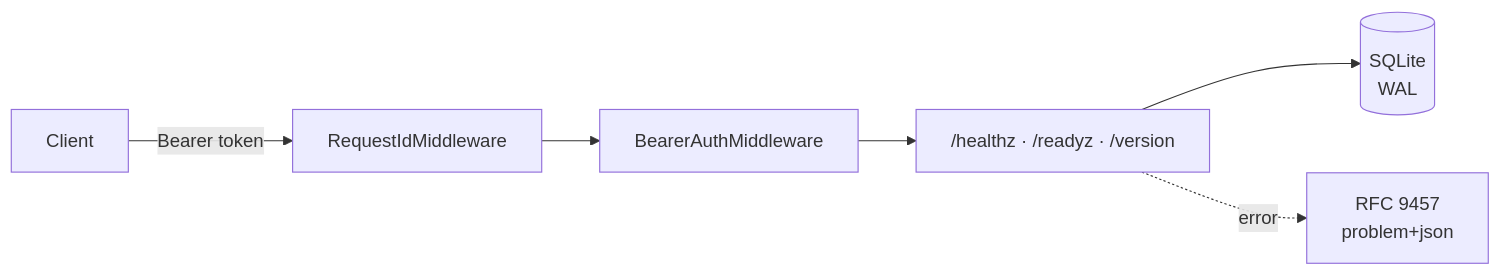
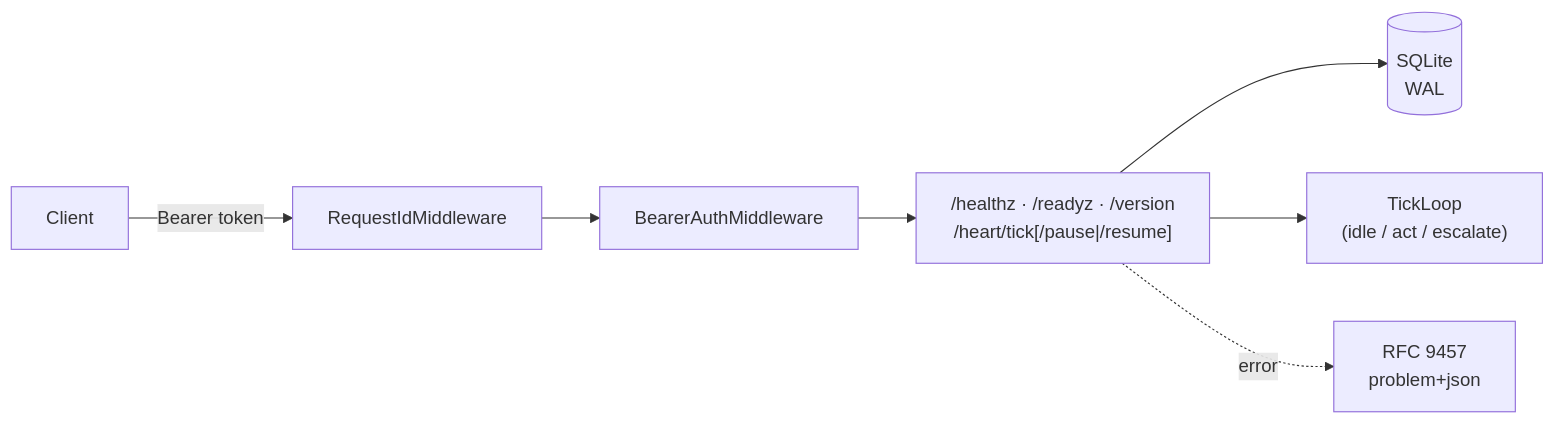
One commit to giacchetta/ansina changed the diagram in README.md. Above: the diagram before and after it, drawn with Mermaid. The commit also changed other lines of this file and 49 other files, not shown here.

````diff
--- a/README.md
+++ b/README.md
@@ -9,8 +9,9 @@
 ```mermaid
 flowchart LR
     Client["Client"] -->|Bearer token| MW["RequestIdMiddleware"]
     MW --> Auth["BearerAuthMiddleware"]
-    Auth --> Routes["/healthz · /readyz · /version"]
+    Auth --> Routes["/healthz · /readyz · /version<br/>/heart/tick[/pause|/resume]"]
     Routes --> DB[("SQLite<br/>WAL")]
+    Routes --> Tick["TickLoop<br/>(idle / act / escalate)"]
     Routes -.error.-> Problem["RFC 9457<br/>problem+json"]
 ```
````
